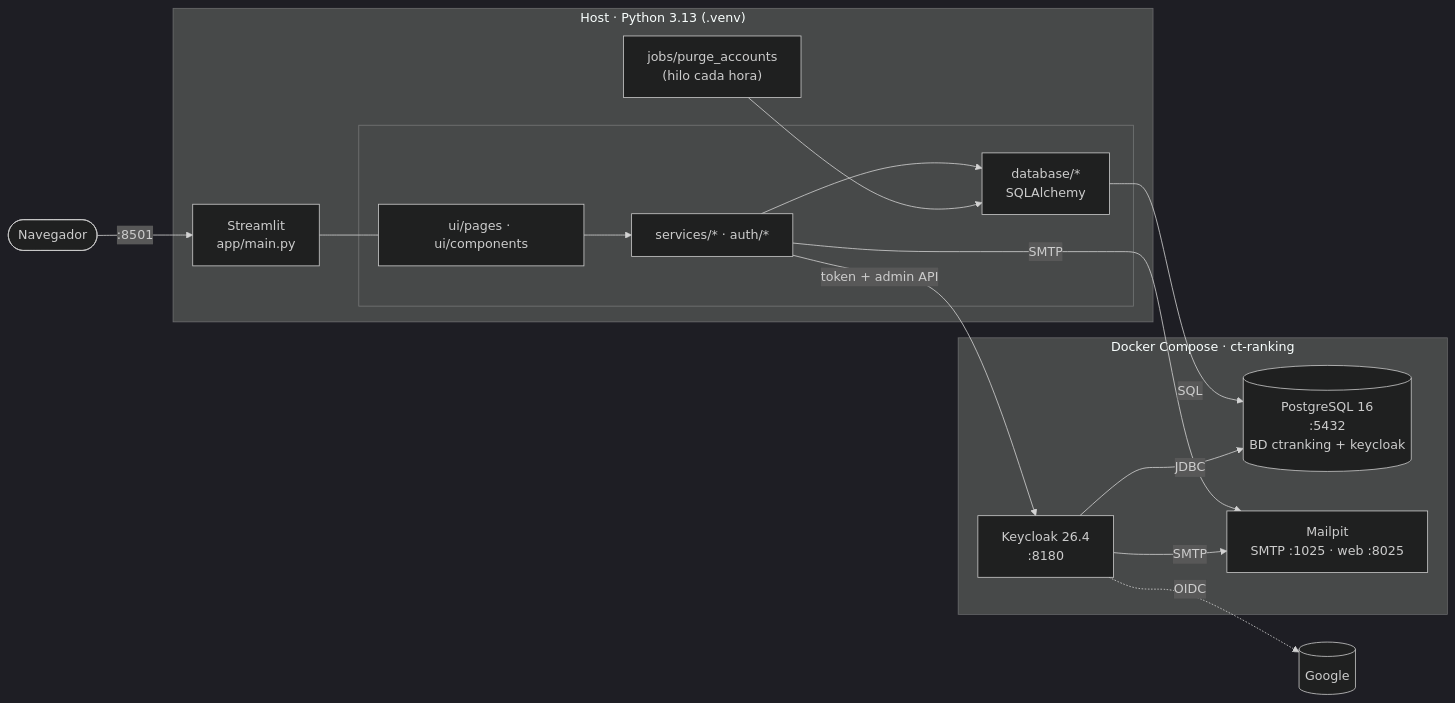
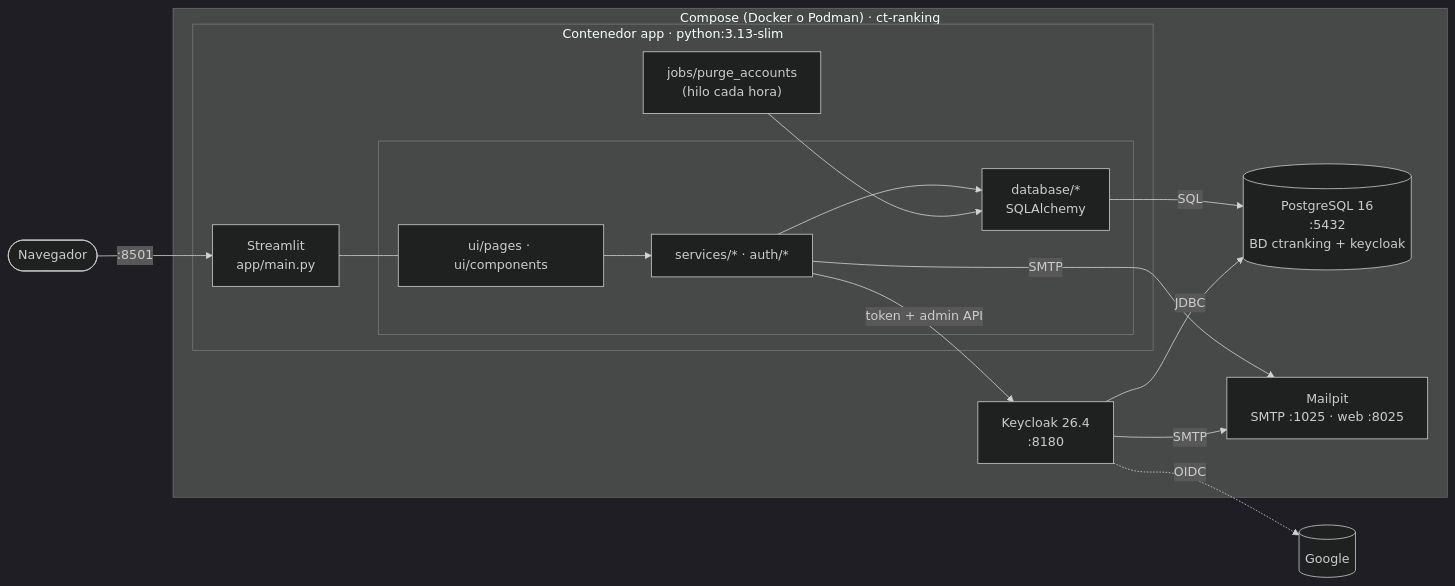
The first of 2 diagrams in README.md (Jhoan-Dominguez/ct-ranking-platform), drawn with Mermaid (dark theme) before and after one commit. The commit also changed other lines of this file and 11 other files, not shown here.

Commit message:
docs: document container setup, Docker and Podman

````diff
--- a/README.md
+++ b/README.md
@@ -70,24 +70,24 @@
 ```mermaid
 flowchart LR
     browser([Navegador]) -- ":8501" --> app
-    subgraph host["Host · Python 3.13 (.venv)"]
-        app["Streamlit<br/>app/main.py"]
-        subgraph capas[" "]
-            pages["ui/pages · ui/components"] --> logic["services/* · auth/*"] --> data["database/*<br/>SQLAlchemy"]
+    subgraph compose["Compose (Docker o Podman) · ct-ranking"]
+        subgraph appc["Contenedor app · python:3.13-slim"]
+            app["Streamlit<br/>app/main.py"]
+            subgraph capas[" "]
+                pages["ui/pages · ui/components"] --> logic["services/* · auth/*"] --> data["database/*<br/>SQLAlchemy"]
+            end
+            app --- pages
+            job["jobs/purge_accounts<br/>(hilo cada hora)"]
         end
-        app --- pages
-        job["jobs/purge_accounts<br/>(hilo cada hora)"]
-    end
-    subgraph docker["Docker Compose · ct-ranking"]
         db[("PostgreSQL 16<br/>:5432<br/>BD ctranking + keycloak")]
         kc["Keycloak 26.4<br/>:8180"]
         mail["Mailpit<br/>SMTP :1025 · web :8025"]
     end
     data -- SQL --> db
     logic -- "token + admin API" --> kc
     logic -- SMTP --> mail
     kc -- JDBC --> db
     kc -- SMTP --> mail
     kc -. OIDC .-> google[(Google)]
     job --> data
 ```
````
